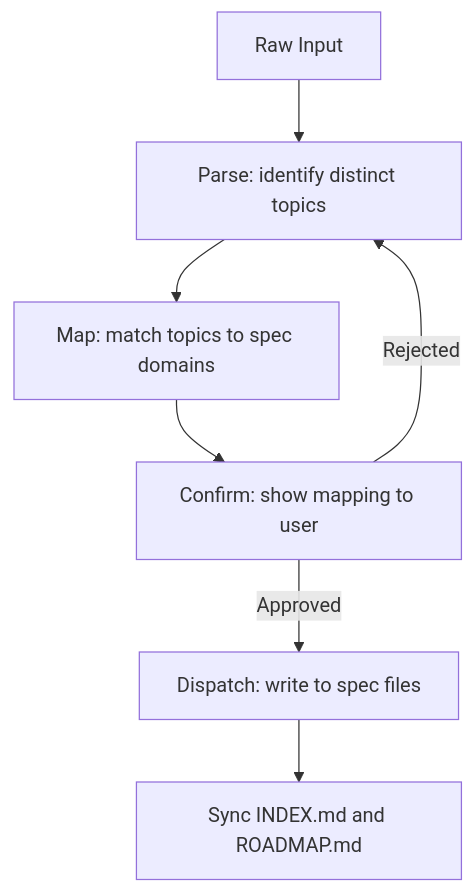
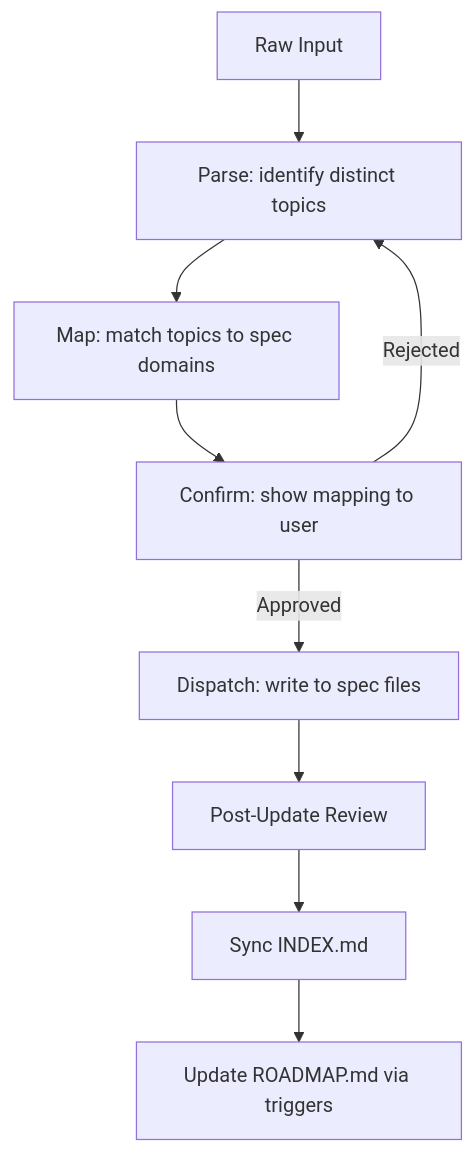
The second of 3 diagrams in .agent/workflows/specification.md (teratron/bevy-launchpad), drawn with Mermaid before and after one commit. The commit also changed other lines of this file, not shown here.

Commit message:
docs(specs): update workflow documentation with post-update review and audit procedures

````diff
--- a/.agent/workflows/specification.md
+++ b/.agent/workflows/specification.md
@@ -58,9 +61,11 @@
 ```mermaid
 graph TD
     A[Raw Input] --> B[Parse: identify distinct topics]
     B --> C[Map: match topics to spec domains]
     C --> D[Confirm: show mapping to user]
     D -->|Approved| E[Dispatch: write to spec files]
     D -->|Rejected| B
-    E --> F[Sync INDEX.md and ROADMAP.md]
+    E --> F[Post-Update Review]
+    F --> G[Sync INDEX.md]
+    G --> H[Update ROADMAP.md via triggers]
 ```
````
